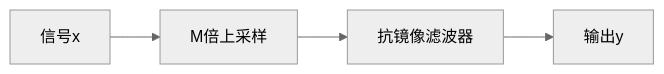
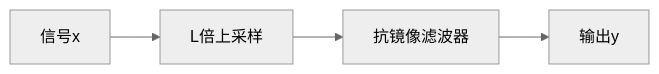
The fourth of 4 diagrams in _posts/2019-6-27-advanced-DSP.md (mzlogin/mzlogin.github.io), drawn with Mermaid (neutral theme) before and after one commit. The commit also changed other lines of this file, not shown here.

```diff
--- a/_posts/2019-6-27-advanced-DSP.md
+++ b/_posts/2019-6-27-advanced-DSP.md
@@ -208,6 +208,6 @@
 <div class="mermaid">
 graph LR;
-  A[信号x] --> C[M倍上采样];
+  A[信号x] --> C[L倍上采样];
   C --> B[抗镜像滤波器];
   B --> D[输出y];
 </div>
```
